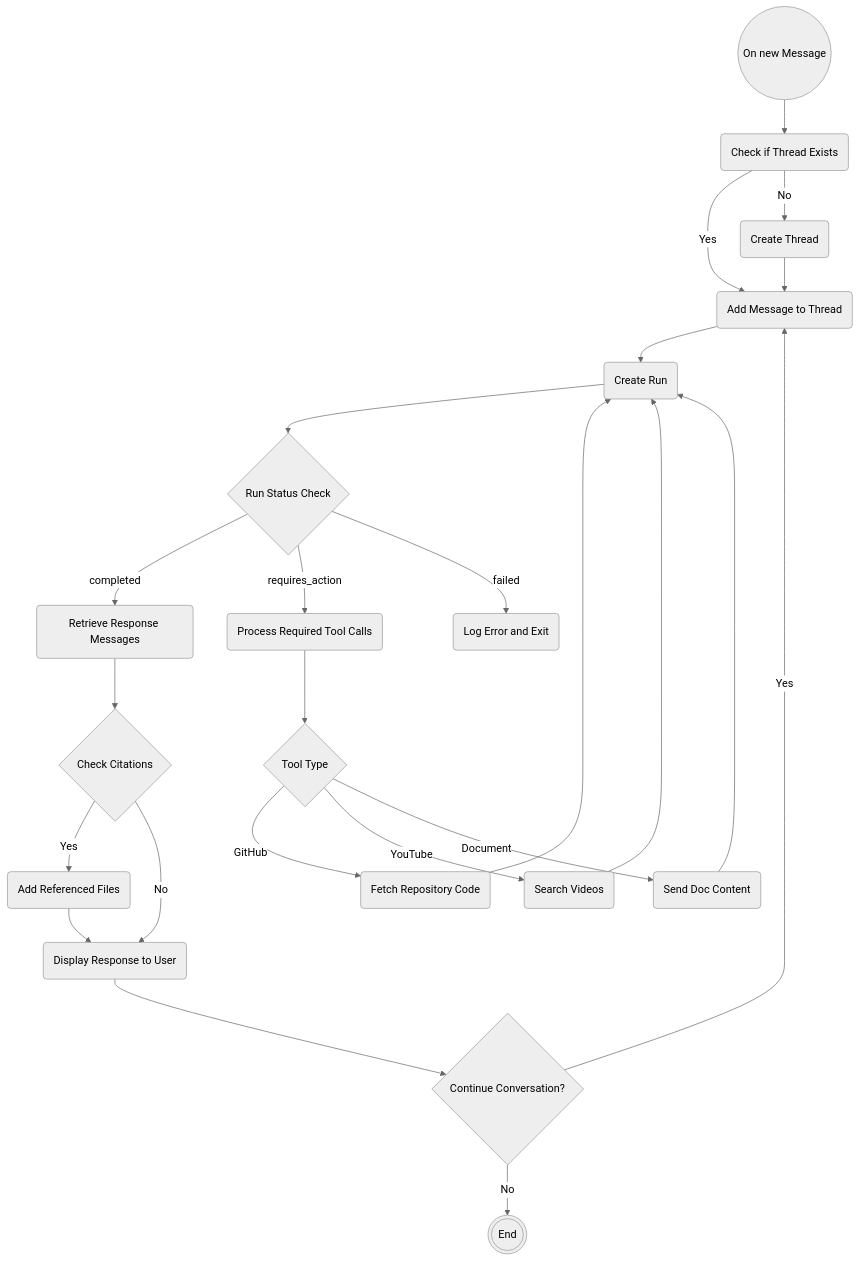
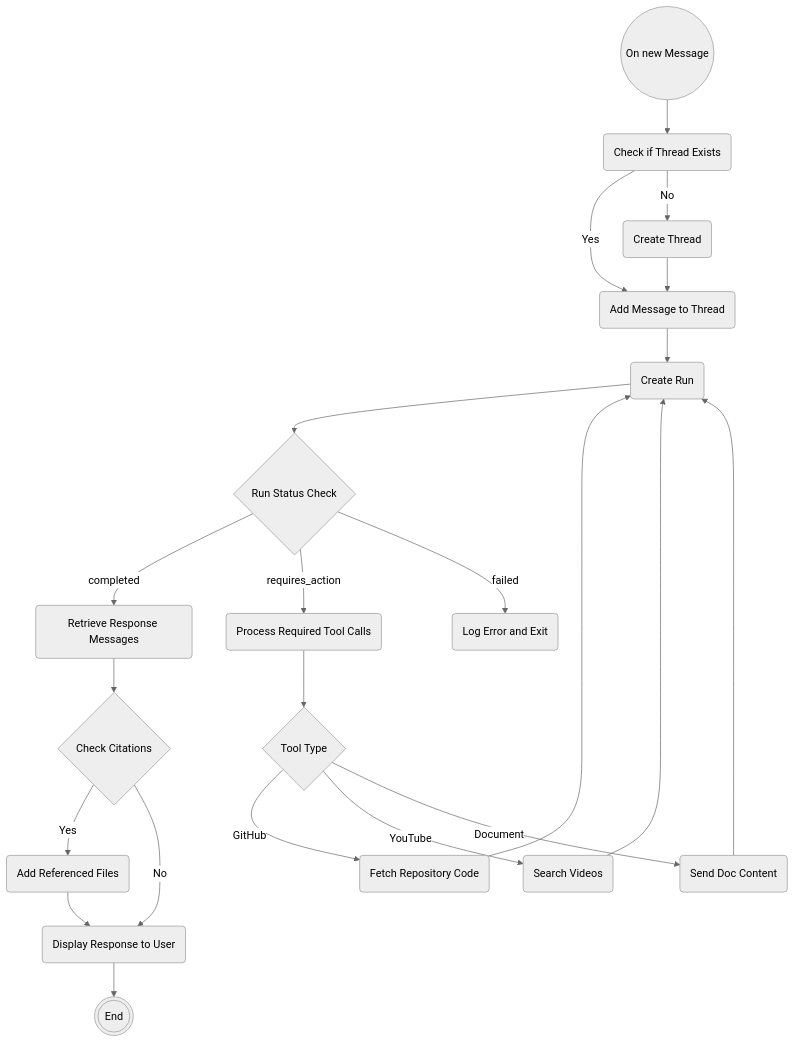
One commit to nauqh/ti changed the diagram in README.md. Above: the diagram before and after it, drawn with Mermaid (neutral theme).

Commit message:
feat(README): update diagram

````diff
--- a/README.md
+++ b/README.md
@@ -131,27 +131,25 @@
 ```mermaid
 graph TD
     A((On new Message)) --> B(Check if Thread Exists)
     B -->|Yes| C(Add Message to Thread)
     B -->|No| D(Create Thread)
     D --> C
     C --> E(Create Run)
     E --> F{Run Status Check}
     F -->|completed| G(Retrieve Response Messages)
     F -->|requires_action| H(Process Required Tool Calls)
     H --> I{Tool Type}
     I -->|GitHub| J(Fetch Repository Code)
     I -->|YouTube| K(Search Videos)
     I -->|Document| L(Send Doc Content)
     J --> E
     K --> E
     L --> E
     F -->|failed| M(Log Error and Exit)
 
     G --> O{Check Citations}
     O -->|Yes| P(Add Referenced Files)
     O -->|No| Q(Display Response to User)
     P --> Q
-    Q --> R{Continue Conversation?}
-    R -->|Yes| C
-    R -->|No| S(((End)))
+    Q --> S(((End)))
 ```
````
